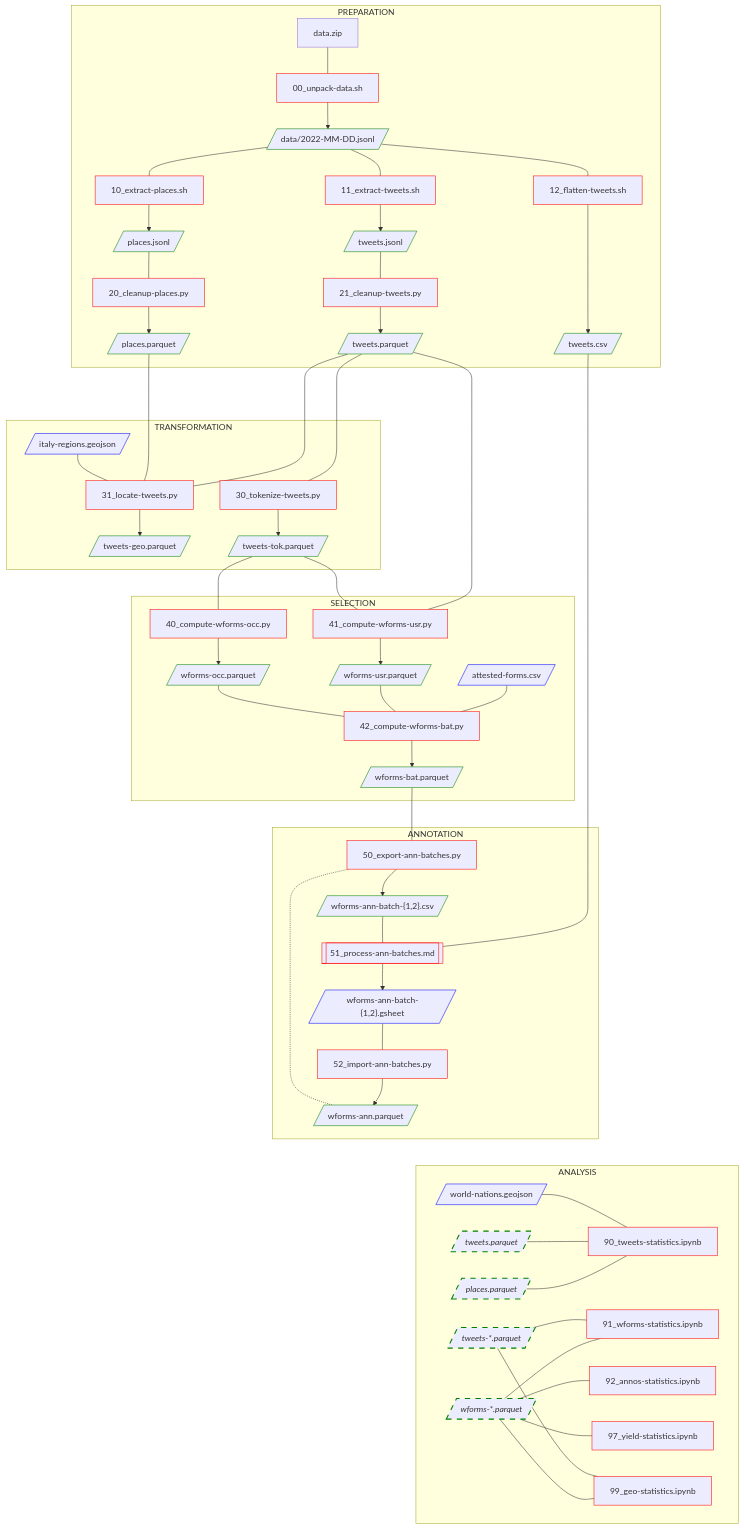
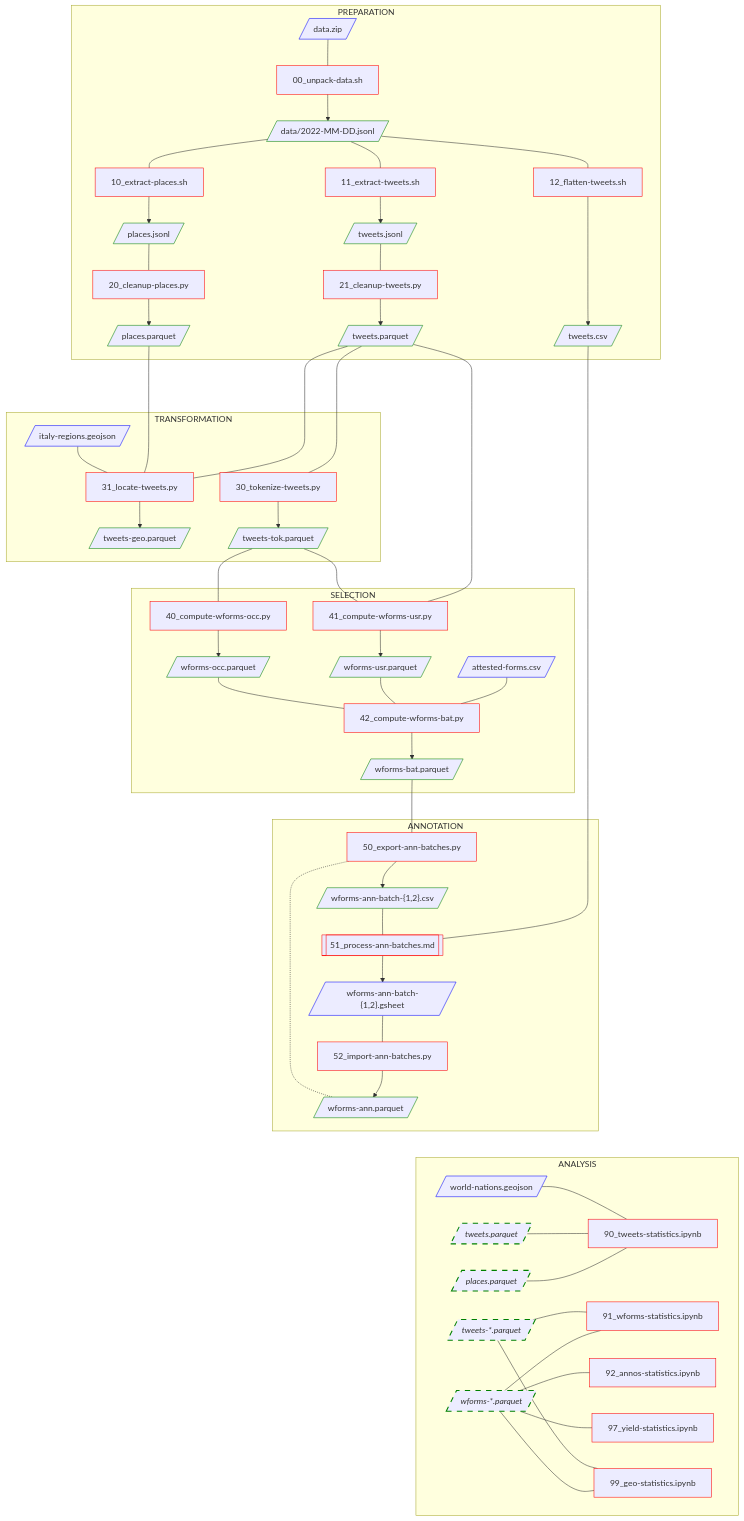
Before and after one commit to breviloquia-italica/pipeline: the diagram in README.md, drawn with Mermaid.

Commit message:
Fix flowchart

```diff
--- a/README.md
+++ b/README.md
@@ -19,7 +19,7 @@
 tweets.parquet[/tweets.parquet/]:::data;
 tweets.csv[/tweets.csv/]:::data;
 
-data.zip --- 00;
+data.zip[/data.zip/]:::extdata --- 00;
 00 --> 2022-MM-DD.jsonl;
 
 2022-MM-DD.jsonl --- 10 --> places.jsonl;
```
